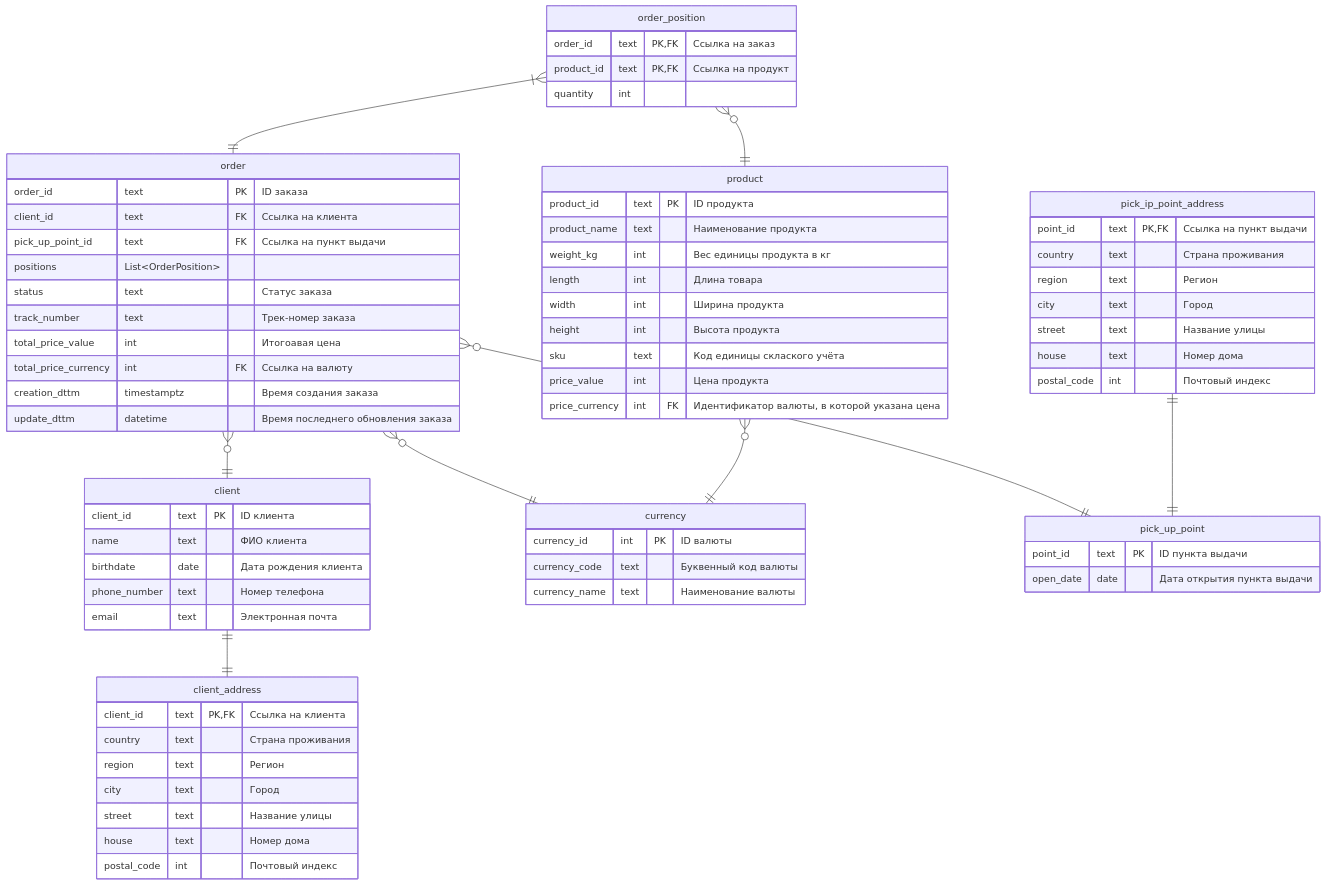
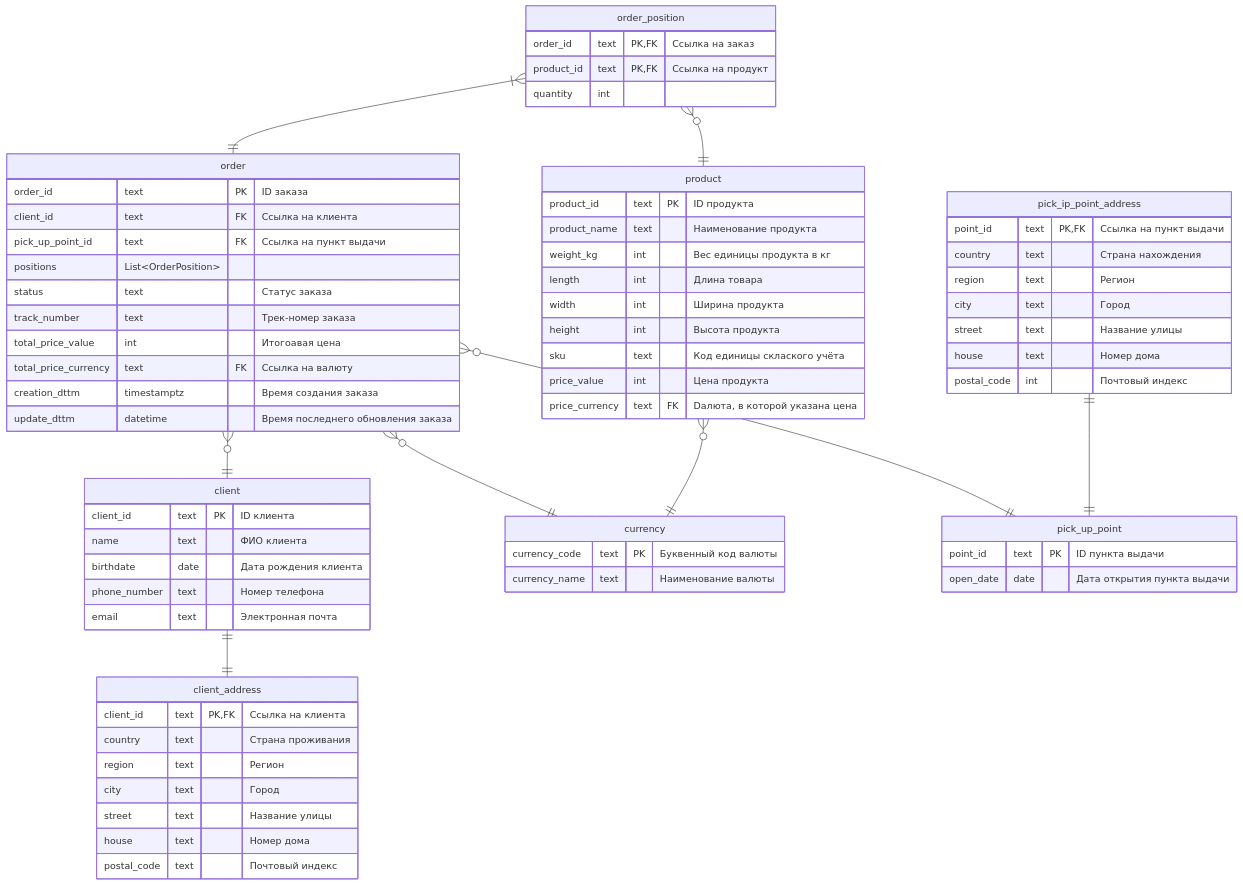
One commit to vgorbikov/dq-practice changed the fourth of 6 diagrams in docs/db_schema/Сервисы предприятия.md. Above: the diagram before and after it, drawn with Mermaid. The commit also changed other lines of this file and 2 other files, not shown here.

Commit message:
fix db-schema

```diff
--- a/docs/db_schema/Сервисы предприятия.md
+++ b/docs/db_schema/Сервисы предприятия.md
@@ -209,7 +209,7 @@
     city text "Город" 
     street text "Название улицы"
     house text "Номер дома"
-    postal_code int "Почтовый индекс"
+    postal_code text "Почтовый индекс"
 }
 
 product {
@@ -221,12 +221,11 @@
     height int "Высота продукта"
     sku text "Код единицы склаского учёта"
     price_value int "Цена продукта"
-    price_currency int FK "Идентификатор валюты, в которой указана цена"
+    price_currency text FK "Dалюта, в которой указана цена"
 }
 
 currency {
-    currency_id int PK "ID валюты"
-    currency_code text "Буквенный код валюты"
+    currency_code text PK "Буквенный код валюты"
     currency_name text "Наименование валюты"
 }
 
@@ -238,7 +237,7 @@
     status text "Статус заказа"
     track_number text "Трек-номер заказа"
     total_price_value int "Итогоавая цена"
-    total_price_currency int FK "Ссылка на валюту"
+    total_price_currency text FK "Ссылка на валюту"
     creation_dttm timestamptz "Время создания заказа"
     update_dttm datetime "Время последнего обновления заказа"
 }
@@ -256,7 +255,7 @@
 
 pick_ip_point_address {
     point_id text PK,FK "Ссылка на пункт выдачи"
-    country text "Страна проживания"
+    country text "Страна нахождения"
     region text "Регион"
     city text "Город" 
     street text "Название улицы"
```
